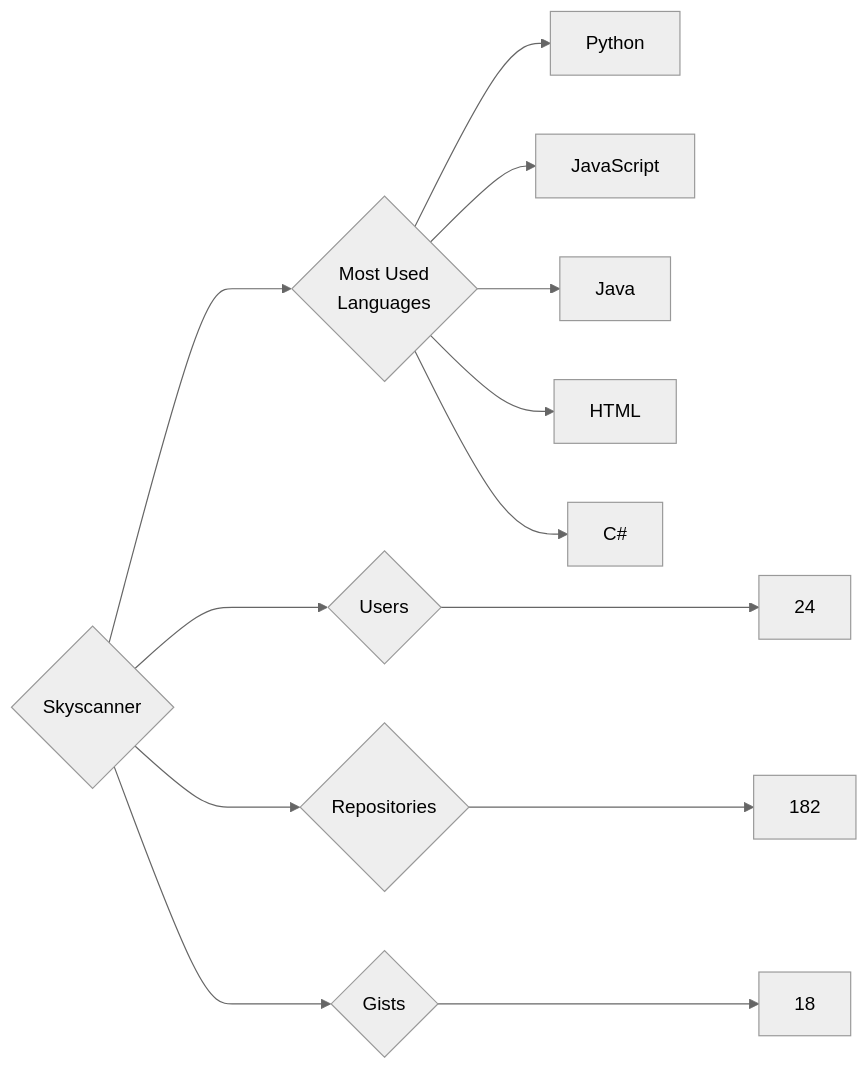
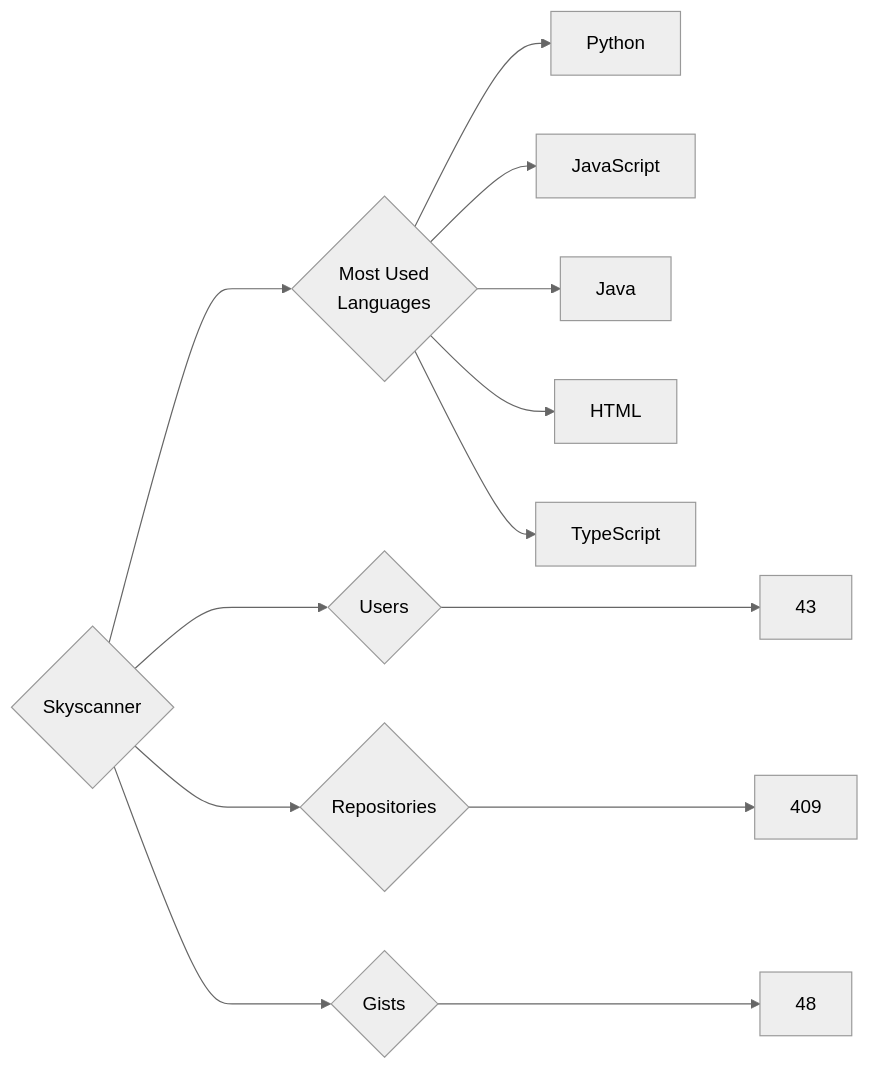
One commit to trickest/insiders changed the diagram in targets/Skyscanner/README.md. Above: the diagram before and after it, drawn with Mermaid (neutral theme). The commit also changed 871 other files, not shown here.

````diff
--- a/targets/Skyscanner/README.md
+++ b/targets/Skyscanner/README.md
@@ -3,13 +3,13 @@
 ```mermaid
 graph LR
 COMPANY_NAME{Skyscanner}
-COMPANY_NAME ---> U{Users} ---> UN[24]
-COMPANY_NAME ---> R{Repositories} ---> RN[182]
-COMPANY_NAME ---> G{Gists} ---> GN[18]
+COMPANY_NAME ---> U{Users} ---> UN[43]
+COMPANY_NAME ---> R{Repositories} ---> RN[409]
+COMPANY_NAME ---> G{Gists} ---> GN[48]
 COMPANY_NAME ---> ML{Most Used<br>Languages}
 ML --> Python[Python]
 ML --> JavaScript[JavaScript]
 ML --> Java[Java]
 ML --> HTML[HTML]
-ML --> C#[C#]
+ML --> TypeScript[TypeScript]
 ```
````
